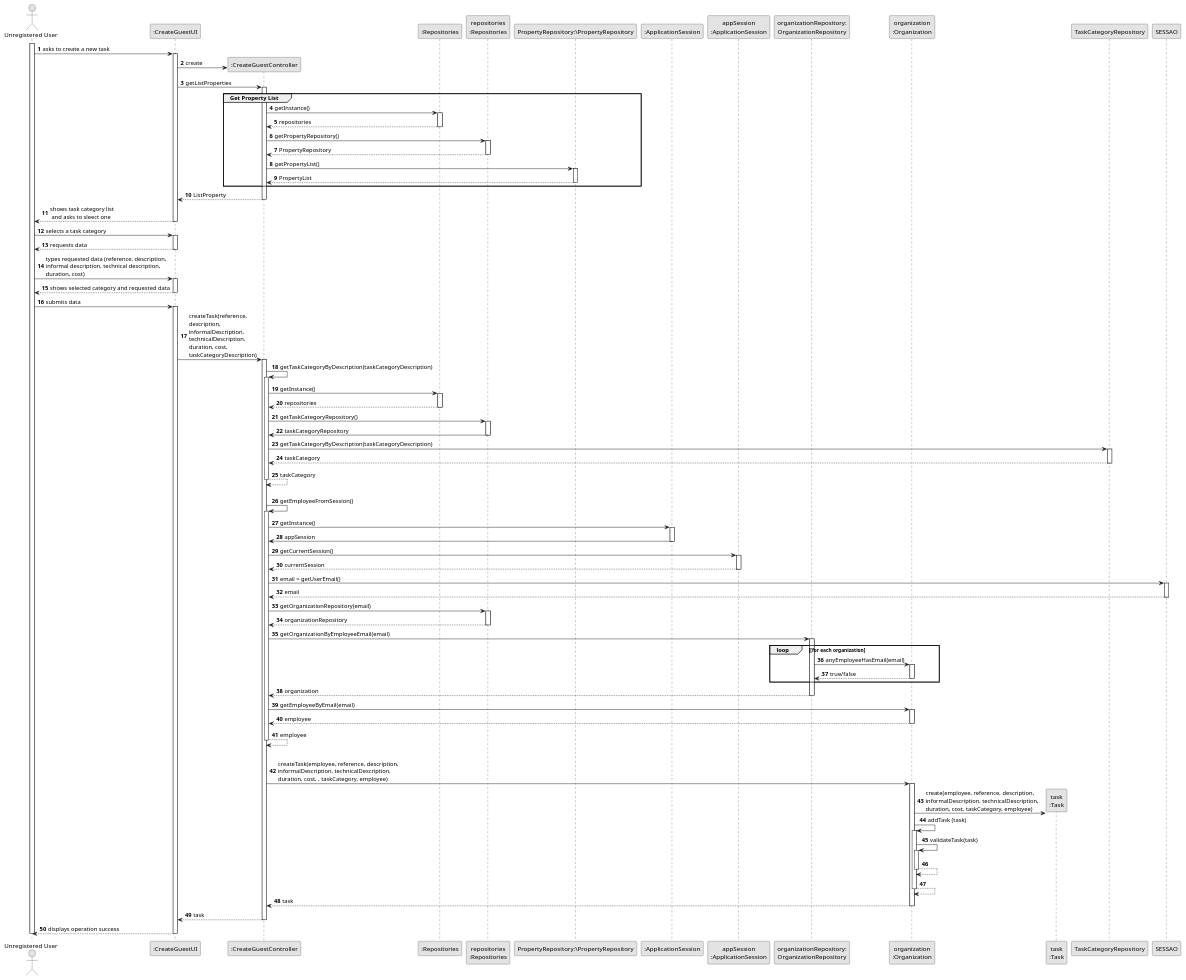
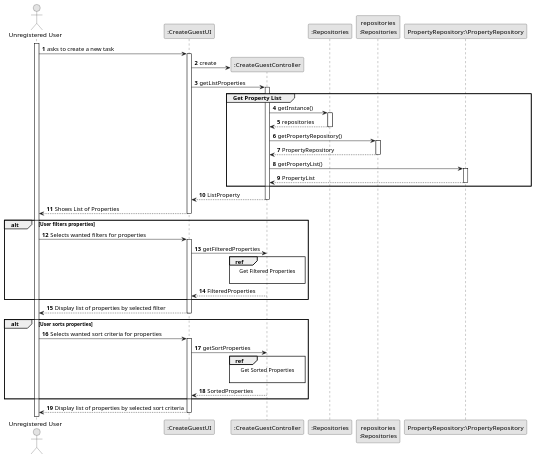
One commit to hugosilva2901/lei-22-s2-1DO-g68 changed the diagram in lei-22-s2-1do-g68/docs/SprintB/us001/03.design/puml/us001-sequence-diagram-full.puml. Above: the diagram before and after it, drawn with PlantUML. The commit also changed 3 other files, not shown here.

```diff
--- a/lei-22-s2-1do-g68/docs/SprintB/us001/03.design/puml/us001-sequence-diagram-full.puml
+++ b/lei-22-s2-1do-g68/docs/SprintB/us001/03.design/puml/us001-sequence-diagram-full.puml
@@ -1,181 +1,85 @@
 @startuml
 skinparam monochrome true
 skinparam packageStyle rectangle
 skinparam shadowing false
 
 autonumber
 
 'hide footbox
 actor "Unregistered User" as ADM
 participant ":CreateGuestUI" as UI
 participant ":CreateGuestController" as CTRL
 participant ":Repositories" as RepositorySingleton
 participant "repositories\n:Repositories" as PLAT
 participant "PropertyRepository:\PropertyRepository" as PropertyRepository
-participant ":ApplicationSession" as _APP
-participant "appSession\n:ApplicationSession" as APP
-participant "organizationRepository:\nOrganizationRepository" as OrganizationRepository
-participant "organization\n:Organization" as ORG
-participant "task\n:Task" as TAREFA
+
+
+
 
 activate ADM
 
         ADM -> UI : asks to create a new task
 
         activate UI
 
 
             UI -> CTRL** : create
 
             UI -> CTRL : getListProperties
             activate CTRL
 
 
 group Get Property List
                 CTRL -> RepositorySingleton : getInstance()
                 activate RepositorySingleton
 
                     RepositorySingleton --> CTRL: repositories
                 deactivate RepositorySingleton
 
                 CTRL -> PLAT : getPropertyRepository()
                 activate PLAT
 
                     PLAT --> CTRL: PropertyRepository
                 deactivate PLAT
 
     CTRL -> PropertyRepository : getPropertyList()
              activate PropertyRepository
 
                  PropertyRepository --> CTRL : PropertyList
              deactivate PropertyRepository
 
 end
                 CTRL --> UI : ListProperty
             deactivate CTRL
 
-            UI --> ADM : shows task category list\n and asks to sleect one
+            UI --> ADM : Shows List of Properties
+        deactivate UI
+alt User filters properties
+    ADM -> UI : Selects wanted filters for properties
+    activate UI
+        UI -> CTRL : getFilteredProperties
+        ref over CTRL
+            Get Filtered Properties
+
+        end ref
+    CTRL --> UI : FilteredProperties
+    end alt
+        UI --> ADM : Display list of properties by selected filter
         deactivate UI
 
-    ADM -> UI : selects a task category
+alt User sorts properties
+    ADM -> UI : Selects wanted sort criteria for properties
     activate UI
+    UI -> CTRL : getSortProperties
+            ref over CTRL
+                Get Sorted Properties
 
-        UI --> ADM : requests data
+            end ref
+        CTRL --> UI : SortedProperties
+    end alt
+        UI --> ADM : Display list of properties by selected sort criteria
     deactivate UI
 
-    ADM -> UI : types requested data (reference, description, \ninformal description, technical description,\nduration, cost)
-    activate UI
-
-        UI --> ADM : shows selected category and requested data
-    deactivate UI
-
-    ADM -> UI : submits data
-    activate UI
-
-        UI -> CTRL : createTask(reference,\ndescription,\ninformalDescription,\ntechnicalDescription,\nduration, cost,\ntaskCategoryDescription)
-        activate CTRL
-
-            CTRL -> CTRL : getTaskCategoryByDescription(taskCategoryDescription)
-            activate CTRL
-
-                CTRL -> RepositorySingleton : getInstance()
-                activate RepositorySingleton
-
-                    RepositorySingleton --> CTRL: repositories
-                deactivate RepositorySingleton
-
-                CTRL -> PLAT : getTaskCategoryRepository()
-                activate PLAT
-
-                    PLAT -> CTRL : taskCategoryRepository
-                deactivate PLAT
-
-                CTRL -> TaskCategoryRepository : getTaskCategoryByDescription(taskCategoryDescription)
-                activate TaskCategoryRepository
-
-                    TaskCategoryRepository --> CTRL : taskCategory
-                deactivate TaskCategoryRepository
-                    CTRL --> CTRL : taskCategory
-            deactivate CTRL
-
-            |||
-            CTRL -> CTRL : getEmployeeFromSession()
-            activate CTRL
-
-                CTRL -> _APP: getInstance()
-                activate _APP
-                    _APP -> CTRL: appSession
-                deactivate _APP
 
 
-                CTRL -> APP: getCurrentSession()
-                activate APP
-
-                    APP --> CTRL: currentSession
-                deactivate APP
-
-                CTRL -> SESSAO: email = getUserEmail()
-                activate SESSAO
-
-                    SESSAO --> CTRL: email
-                deactivate SESSAO
-
-
-                CTRL -> PLAT: getOrganizationRepository(email)
-                activate PLAT
-
-                    PLAT --> CTRL: organizationRepository
-                deactivate PLAT
-
-
-                CTRL -> OrganizationRepository: getOrganizationByEmployeeEmail(email)
-                activate OrganizationRepository
-
-                    loop [for each organization
-                        OrganizationRepository -> ORG : anyEmployeeHasEmail(email)
-                        activate ORG
-
-                             ORG --> OrganizationRepository : true/false
-                        deactivate ORG
-                    end
-                    OrganizationRepository --> CTRL : organization
-                deactivate OrganizationRepository
-
-                CTRL -> ORG: getEmployeeByEmail(email)
-                activate ORG
-
-                    ORG --> CTRL : employee
-                deactivate ORG
-
-                CTRL --> CTRL : employee
-            deactivate CTRL
-
-            |||
-            CTRL -> ORG: createTask(employee, reference, description,\ninformalDescription, technicalDescription,\nduration, cost, , taskCategory, employee)
-            activate ORG
-
-                ORG -> TAREFA**: create(employee, reference, description,\ninformalDescription, technicalDescription,\nduration, cost, taskCategory, employee)
-                ORG -> ORG: addTask (task)
-
-
-                activate ORG
-                    ORG -> ORG: validateTask(task)
-                    activate ORG
-                        ORG --> ORG
-                    deactivate ORG
-
-                    ORG --> ORG
-                deactivate ORG
-
-                ORG --> CTRL : task
-
-            deactivate ORG
-
-            CTRL --> UI: task
-            deactivate CTRL
-            UI --> ADM: displays operation success
-    deactivate UI
-
-deactivate ADM
-
 @enduml
```
